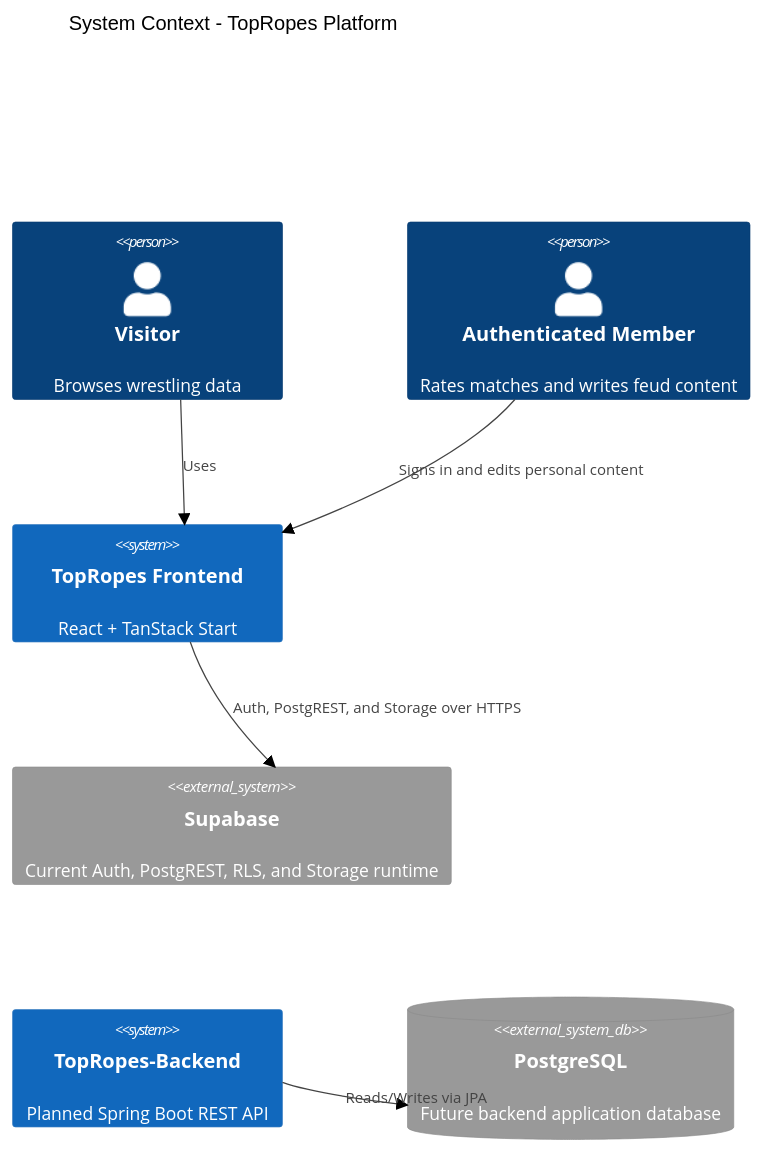
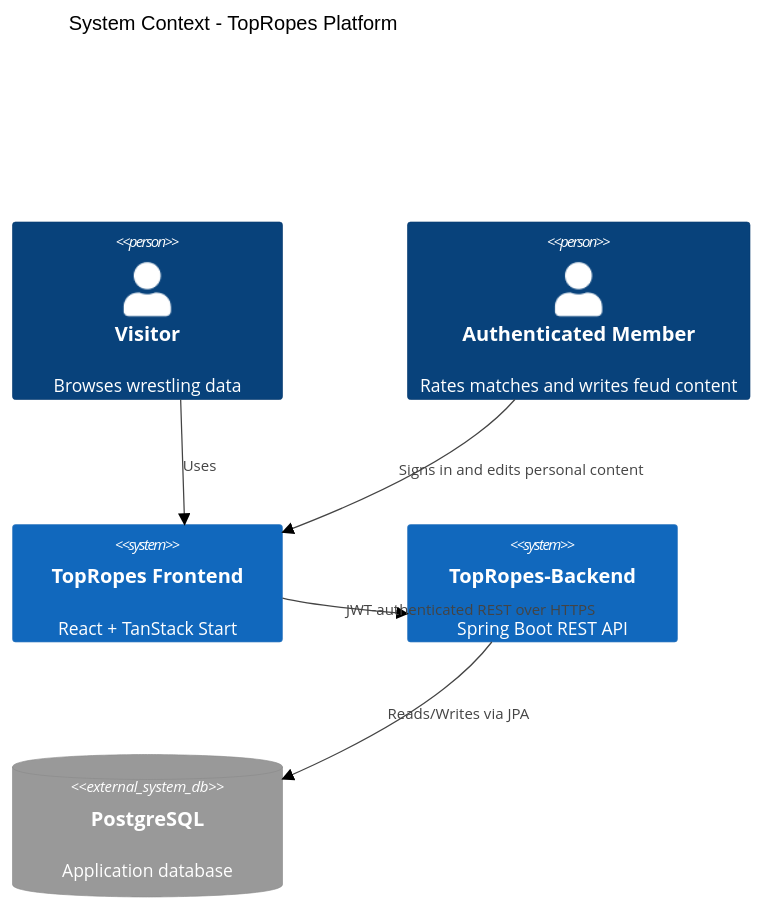
The first of 2 diagrams in docs/architecture/ARCHITECTURE.md (BitStunner/TopRopes-Backend), drawn with Mermaid before and after one commit. The commit also changed other lines of this file and 28 other files, not shown here.

Commit message:
remove supabase match frontend

````diff
--- a/docs/architecture/ARCHITECTURE.md
+++ b/docs/architecture/ARCHITECTURE.md
@@ -26,18 +25,17 @@
 ```mermaid
 %%{init: {'theme': 'neutral'}}%%
 C4Context
   title System Context - TopRopes Platform
 
   Person(visitor, "Visitor", "Browses wrestling data")
   Person(member, "Authenticated Member", "Rates matches and writes feud content")
 
   System(frontend, "TopRopes Frontend", "React + TanStack Start")
-  System_Ext(supabase, "Supabase", "Current Auth, PostgREST, RLS, and Storage runtime")
-  System(backend, "TopRopes-Backend", "Planned Spring Boot REST API")
-  SystemDb_Ext(postgres, "PostgreSQL", "Future backend application database")
+  System(backend, "TopRopes-Backend", "Spring Boot REST API")
+  SystemDb_Ext(postgres, "PostgreSQL", "Application database")
 
   Rel(visitor, frontend, "Uses")
   Rel(member, frontend, "Signs in and edits personal content")
-  Rel(frontend, supabase, "Auth, PostgREST, and Storage over HTTPS")
+  Rel(frontend, backend, "JWT-authenticated REST over HTTPS")
   Rel(backend, postgres, "Reads/Writes via JPA")
 ```
````
